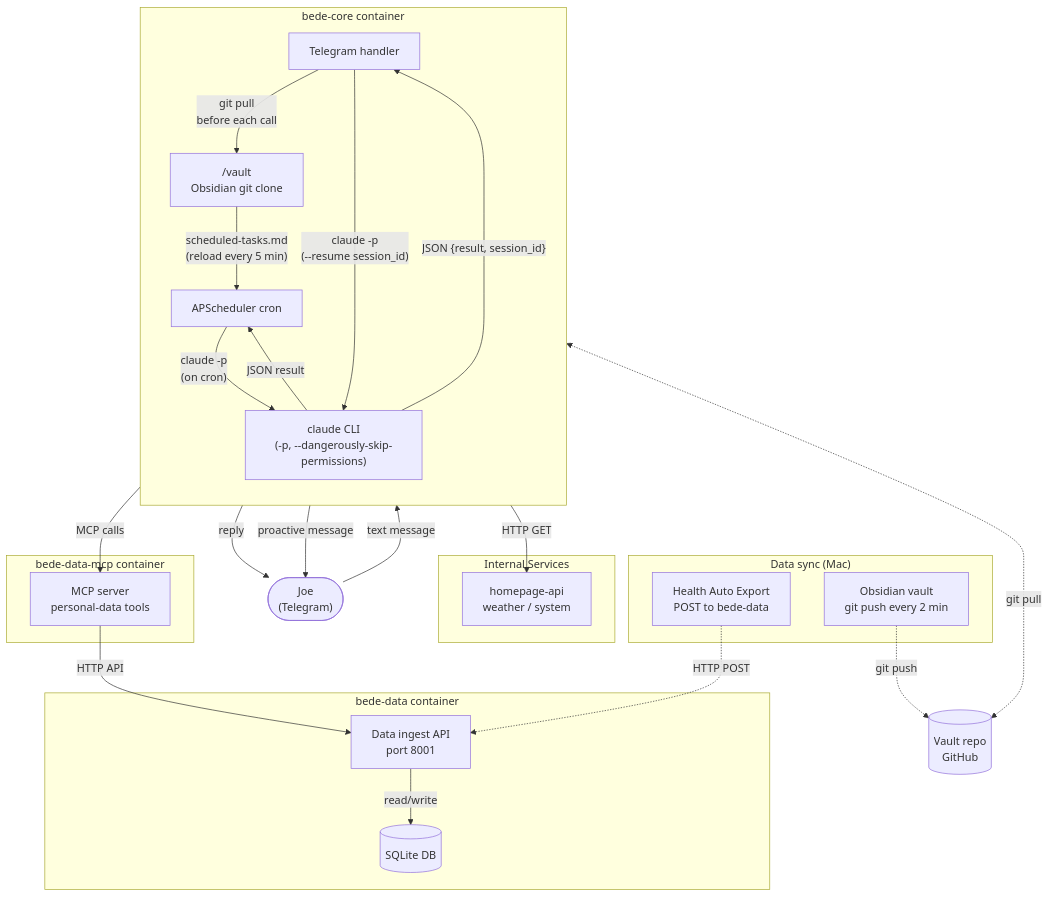
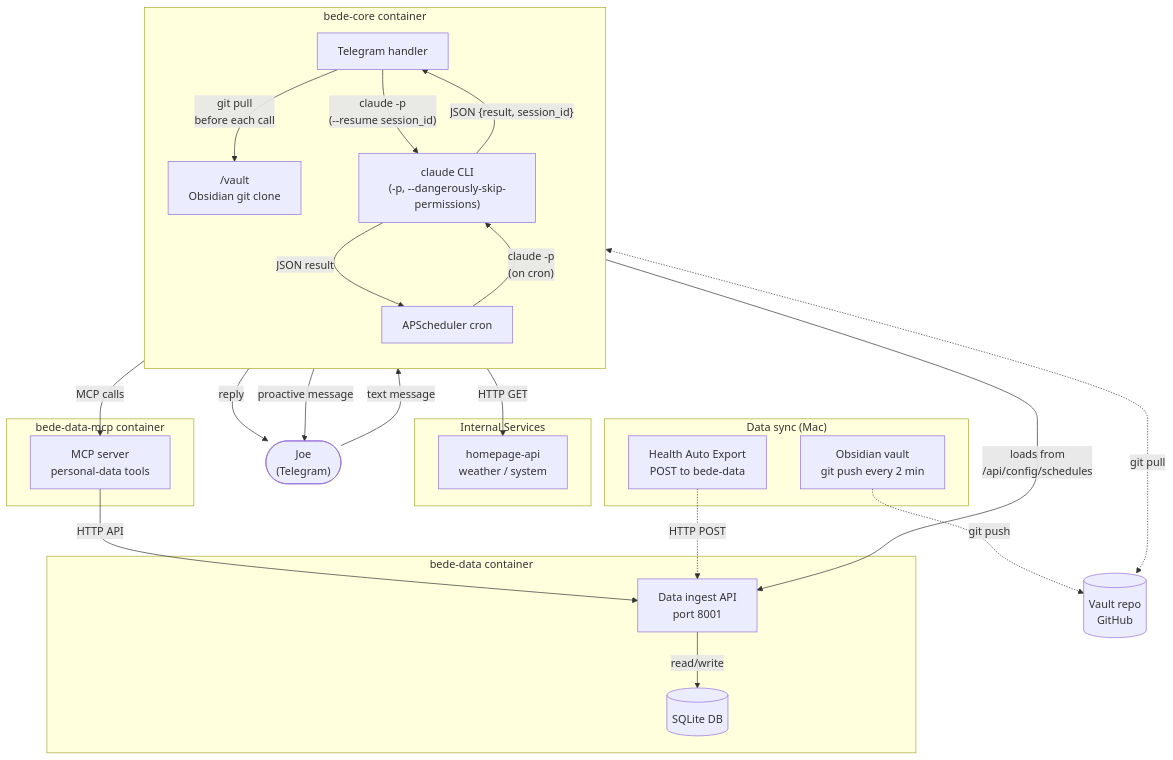
Before and after one commit to josephradford/bede: the diagram in README.md, drawn with Mermaid. The commit also changed 2 other files, not shown here.

Commit message:
docs: remove stale vault-based scheduled-tasks references (#54)
Scheduled tasks moved from vault markdown to the SQLite `schedules`
table with CRUD API at /api/config/schedules. Update diagrams and
docs to reflect the DB-based approach and delete the stale example file.

````diff
--- a/README.md
+++ b/README.md
@@ -119,53 +119,53 @@
 ```mermaid
 flowchart TD
     User(["Joe\n(Telegram)"])
 
     subgraph bede_core["bede-core container"]
         direction TB
         bot["Telegram handler"]
         sched["APScheduler cron"]
         claude["claude CLI\n(-p, --dangerously-skip-permissions)"]
         vault_clone["/vault\nObsidian git clone"]
     end
 
     subgraph bede_data["bede-data container"]
         ingest["Data ingest API\nport 8001"]
         sqlite[("SQLite DB")]
     end
 
     subgraph bede_data_mcp["bede-data-mcp container"]
         data_mcp["MCP server\npersonal-data tools"]
     end
 
     subgraph services["Internal Services"]
         homepage_api["homepage-api\nweather / system"]
     end
 
     subgraph mac["Data sync (Mac)"]
         hae["Health Auto Export\nPOST to bede-data"]
         obsidian_sync["Obsidian vault\ngit push every 2 min"]
     end
 
     vault_repo[("Vault repo\nGitHub")]
 
     User -- "text message" --> bot
     bot -- "git pull\nbefore each call" --> vault_clone
-    vault_clone -- "scheduled-tasks.md\n(reload every 5 min)" --> sched
+    sched -- "loads from\n/api/config/schedules" --> ingest
     sched -- "claude -p\n(on cron)" --> claude
     bot -- "claude -p\n(--resume session_id)" --> claude
 
     claude -- "MCP calls" --> data_mcp
     claude -- "HTTP GET" --> homepage_api
 
     data_mcp -- "HTTP API" --> ingest
     ingest -- "read/write" --> sqlite
 
     vault_clone <-. "git pull" .-> vault_repo
     obsidian_sync -. "git push" .-> vault_repo
     hae -. "HTTP POST" .-> ingest
 
     claude -- "JSON {result, session_id}" --> bot
     claude -- "JSON result" --> sched
     bot -- "reply" --> User
     sched -- "proactive message" --> User
 ```
````
